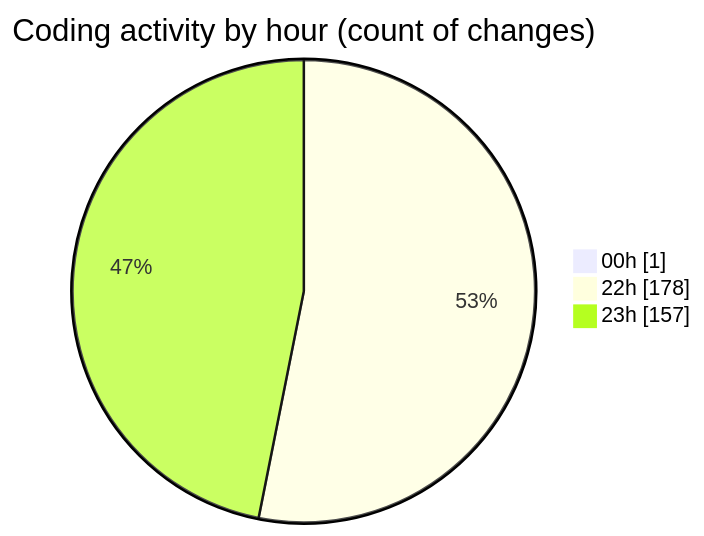
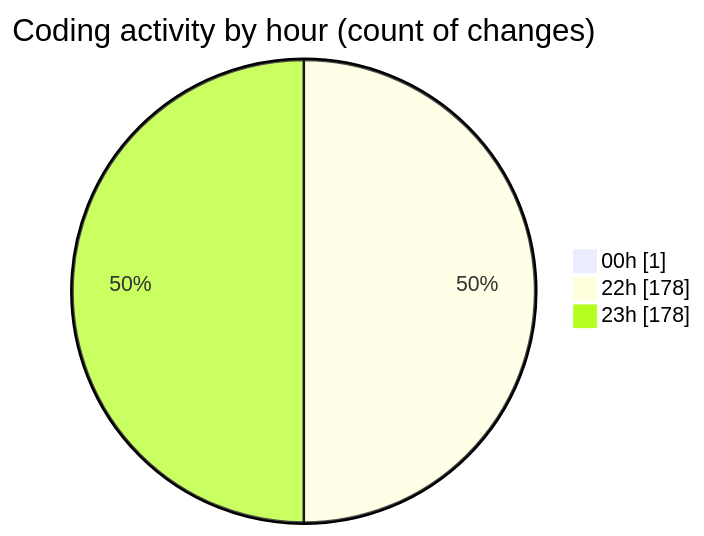
Before and after one commit to Ritupan-Deka/code-tracking: the second of 2 diagrams in 2025-08-04/javascript/README.md, drawn with Mermaid. The commit also changed other lines of this file and 1 other file, not shown here.

````diff
--- a/2025-08-04/javascript/README.md
+++ b/2025-08-04/javascript/README.md
@@ -32,7 +32,7 @@
 ```mermaid
 pie showData
 title Coding activity by hour (count of changes)
 "00h" : 1
 "22h" : 178
-"23h" : 157
+"23h" : 178
 ```
````
